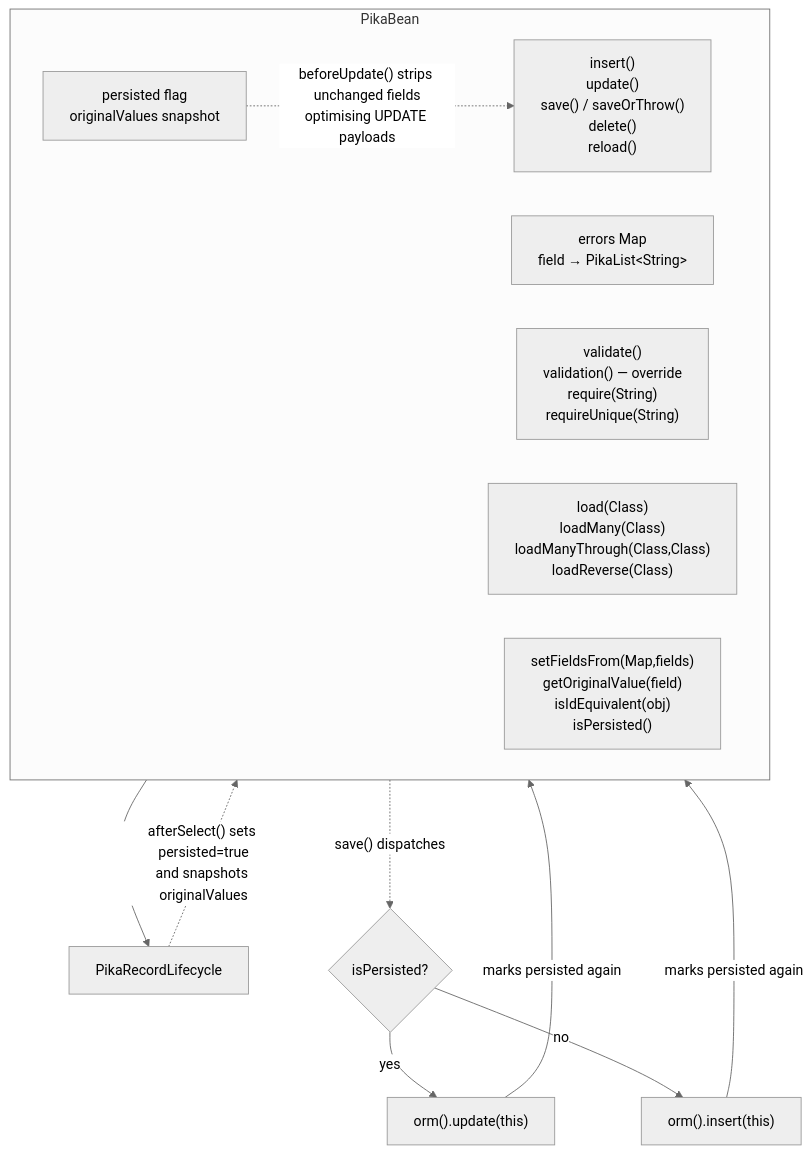
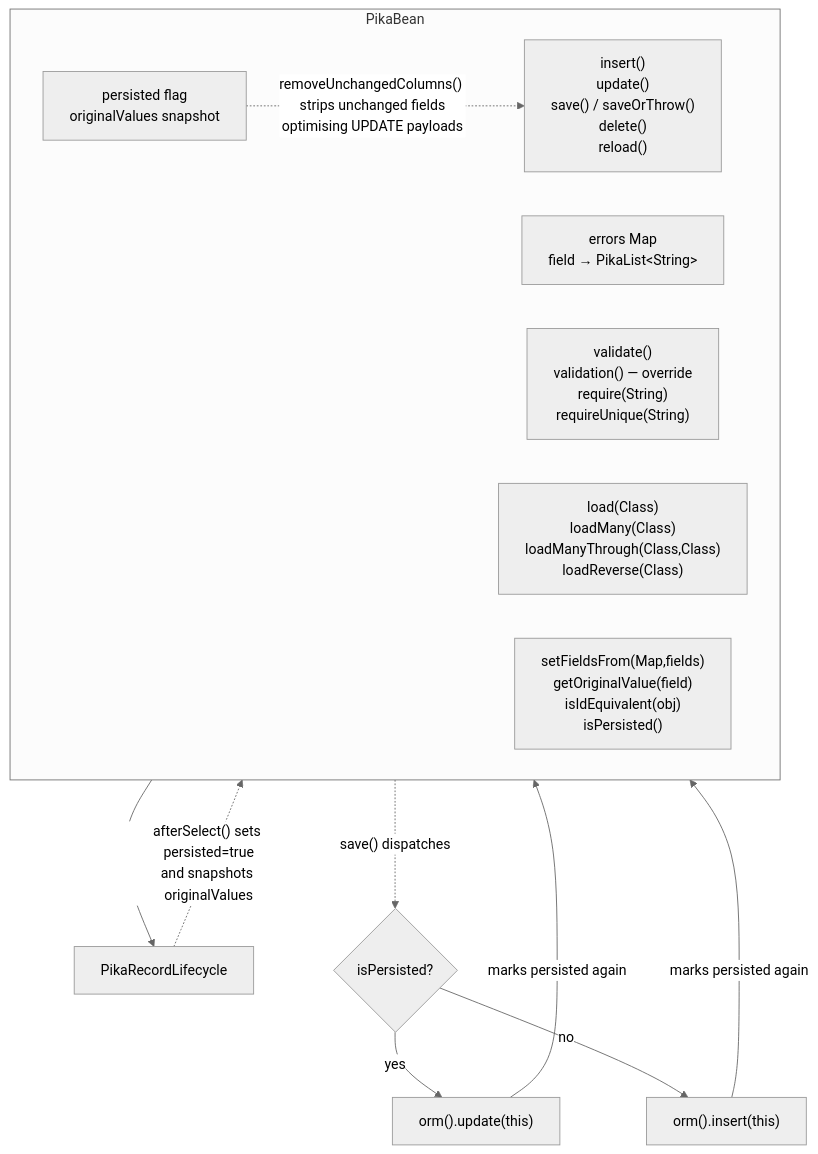
Before and after one commit to msu/pika-orm: the ninth of 17 diagrams in docs/pages/internals/architecture.md, drawn with Mermaid (neutral theme). The commit also changed other lines of this file and 8 other files, not shown here.

Commit message:
run insert/update hooks before reading fields, add hooks to insertAll, fix getOriginalValue

````diff
--- a/docs/pages/internals/architecture.md
+++ b/docs/pages/internals/architecture.md
@@ -634,22 +634,22 @@
 ```mermaid
 flowchart TD
     subgraph PikaBean ["PikaBean"]
         direction LR
         EPB_PERSIST["persisted flag\noriginalValues snapshot"]
         EPB_ERRORS["errors Map\n field → PikaList&lt;String&gt;"]
         EPB_CRUD["insert()\nupdate()\nsave() / saveOrThrow()\ndelete()\nreload()"]
         EPB_VALIDATE["validate()\nvalidation() — override\nrequire(String)\nrequireUnique(String)"]
         EPB_REL["load(Class)\nloadMany(Class)\nloadManyThrough(Class,Class)\nloadReverse(Class)"]
         EPB_UTIL["setFieldsFrom(Map,fields)\ngetOriginalValue(field)\nisIdEquivalent(obj)\nisPersisted()"]
     end
 
     PikaBean --> PRL[PikaRecordLifecycle]
     PRL -.->|"afterSelect() sets persisted=true\nand snapshots originalValues"| EPB_PERSIST
-    EPB_PERSIST -.->|"beforeUpdate() strips unchanged fields\noptimising UPDATE payloads"| EPB_CRUD
+    EPB_PERSIST -.->|"removeUnchangedColumns() strips unchanged fields\noptimising UPDATE payloads"| EPB_CRUD
 
     PikaBean -.->|"save() dispatches"| D{"isPersisted?"}
     D -->|yes| UPD["orm().update(this)"]
     D -->|no| INS["orm().insert(this)"]
     UPD -->|"marks persisted again"| EPB_PERSIST
     INS -->|"marks persisted again"| EPB_PERSIST
 ```
````
